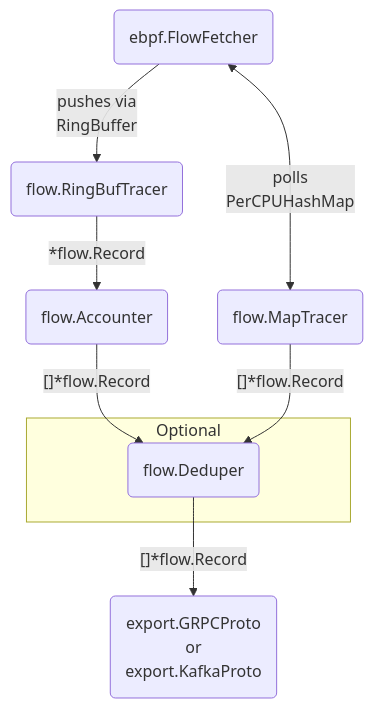
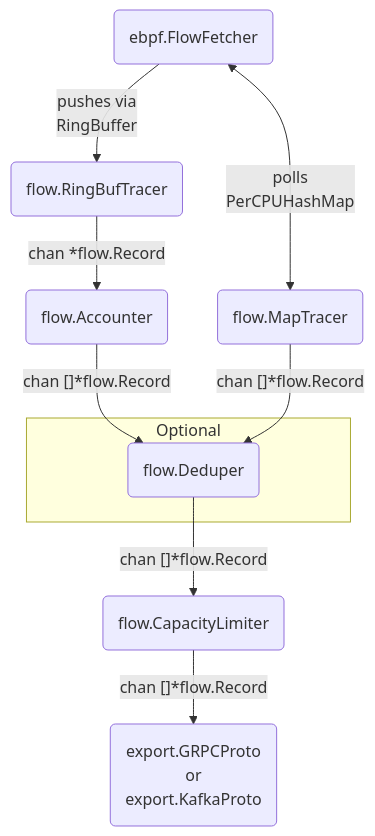
The diagram in docs/architecture.md (netobserv/netobserv-ebpf-agent), drawn with Mermaid before and after one commit. The commit also changed 5 other files, not shown here.

Commit message:
NETOBSERV-613: capacity limiter

````diff
--- a/docs/architecture.md
+++ b/docs/architecture.md
@@ -10,16 +10,19 @@
 ```mermaid
 flowchart TD
 
     E(ebpf.FlowFetcher) --> |"pushes via<br/>RingBuffer"| RB(flow.RingBufTracer)
     E <--> |"polls<br/>PerCPUHashMap"| M(flow.MapTracer)
-    RB --> |*flow.Record| ACC(flow.Accounter)
+    RB --> |chan *flow.Record| ACC(flow.Accounter)
 
-    ACC --> |"[]*flow.Record"| DD(flow.Deduper)
-    M --> |"[]*flow.Record"| DD
+    ACC --> |"chan []*flow.Record"| DD(flow.Deduper)
+    M --> |"chan []*flow.Record"| DD
 
     subgraph Optional
         DD
     end
 
-    DD --> |"[]*flow.Record"| EX("export.GRPCProto<br/>or<br/>export.KafkaProto")
+    DD --> |"chan []*flow.Record"| CL(flow.CapacityLimiter)
+
+    CL --> |"chan []*flow.Record"| EX("export.GRPCProto<br/>or<br/>export.KafkaProto")
+
 ```
````
